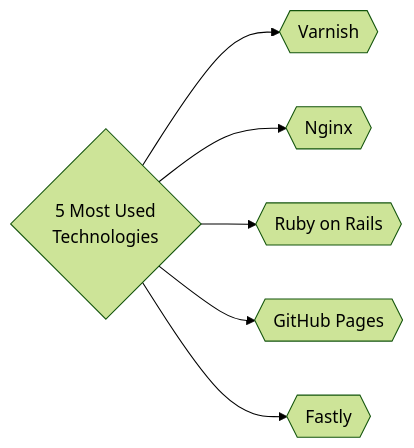
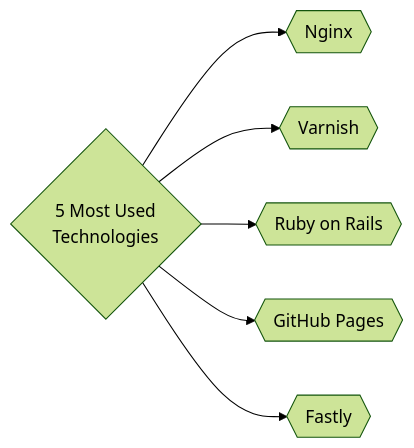
Before and after one commit to trickest/inventory: the third of 3 diagrams in README.md, drawn with Mermaid (forest theme). The commit also changed other lines of this file, not shown here.

````diff
--- a/README.md
+++ b/README.md
@@ -185,8 +185,8 @@
 ```mermaid
 graph LR
-title{5 Most Used<br>Technologies} --> tech1{{Varnish}}
-title --> tech2{{Nginx}}
+title{5 Most Used<br>Technologies} --> tech1{{Nginx}}
+title --> tech2{{Varnish}}
 title --> tech3{{Ruby on Rails}}
 title --> tech4{{GitHub Pages}}
 title --> tech5{{Fastly}}
 ```
````
